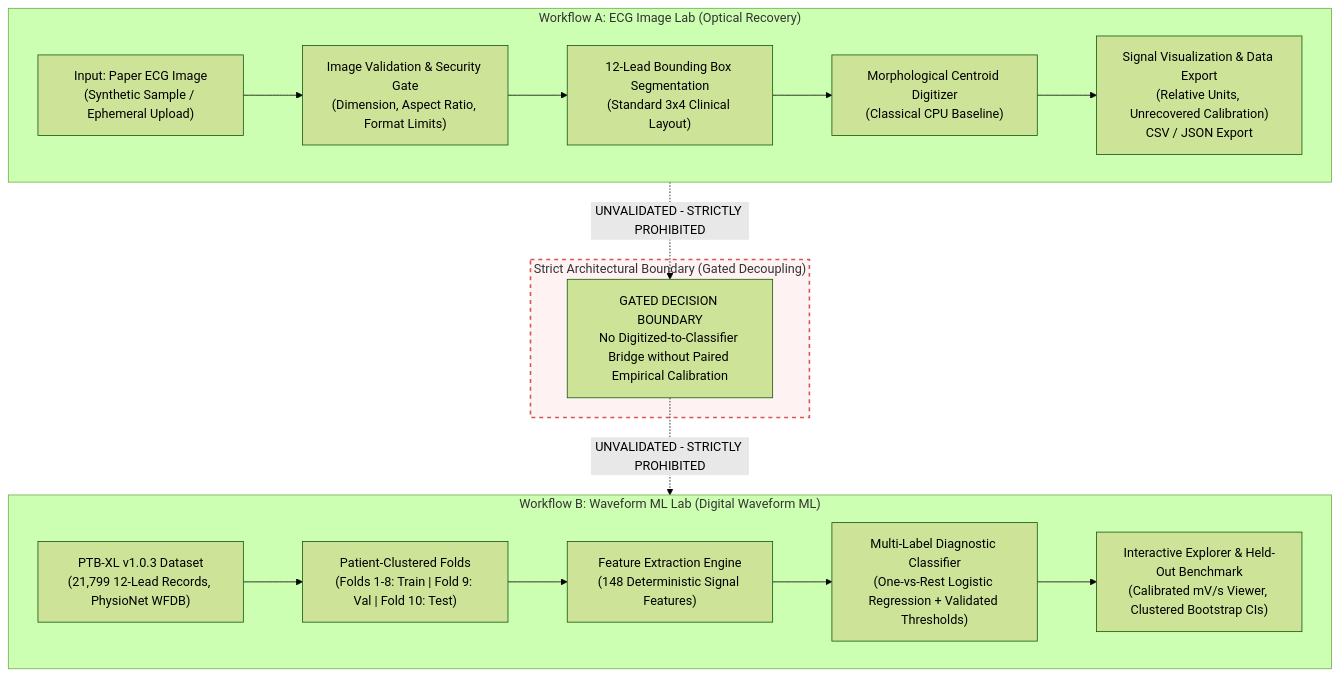
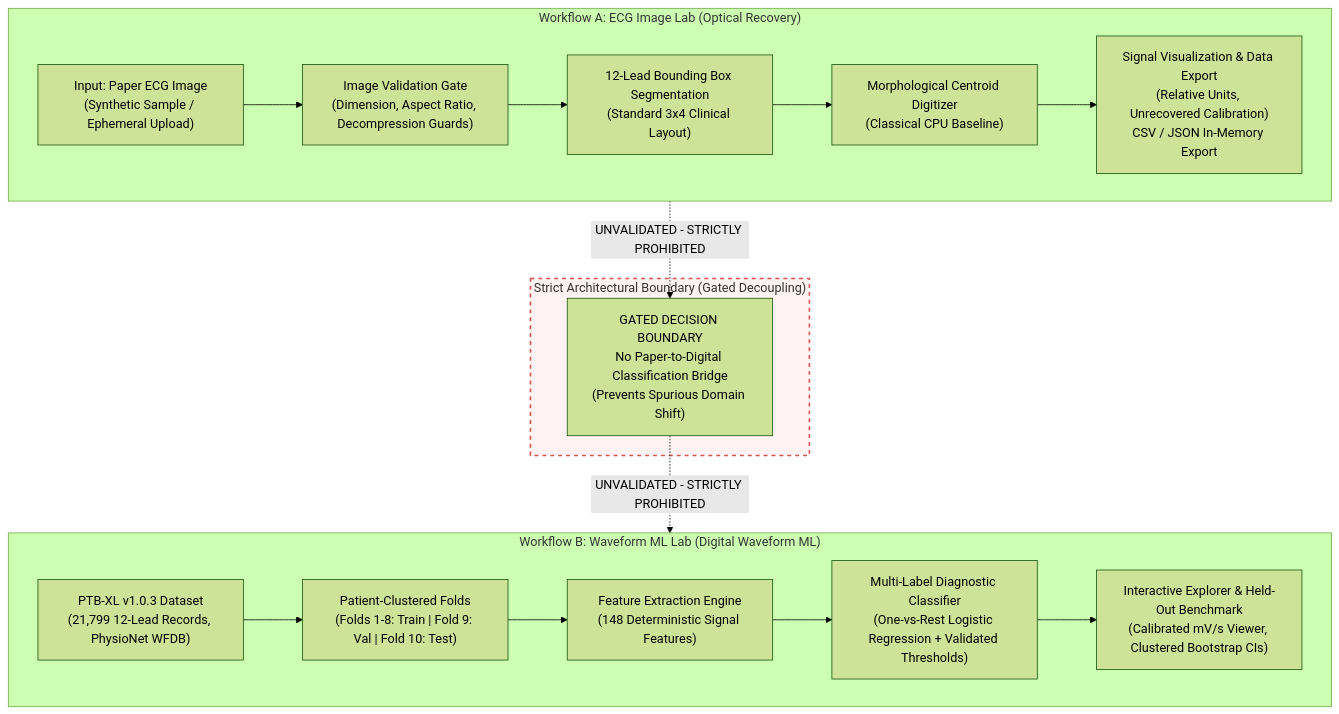
Before and after one commit to omkar703/ECG_Insight_Lab_CardioSense: the diagram in README.md, drawn with Mermaid (forest theme). The commit also changed other lines of this file and 15 other files, not shown here.

Commit message:
feat(phase-5): professor-ready teaching notebooks, scientific figures, repository schema, and portfolio README

````diff
--- a/README.md
+++ b/README.md
@@ -31,24 +58,24 @@
 ```mermaid
 flowchart TD
     subgraph WF_A["Workflow A: ECG Image Lab (Optical Recovery)"]
-        A1["Input: Paper ECG Image\n(Synthetic Sample / Ephemeral Upload)"] --> A2["Image Validation & Security Gate\n(Dimension, Aspect Ratio, Format Limits)"]
+        A1["Input: Paper ECG Image\n(Synthetic Sample / Ephemeral Upload)"] --> A2["Image Validation Gate\n(Dimension, Aspect Ratio, Decompression Guards)"]
         A2 --> A3["12-Lead Bounding Box Segmentation\n(Standard 3x4 Clinical Layout)"]
         A3 --> A4["Morphological Centroid Digitizer\n(Classical CPU Baseline)"]
-        A4 --> A5["Signal Visualization & Data Export\n(Relative Units, Unrecovered Calibration)\nCSV / JSON Export"]
+        A4 --> A5["Signal Visualization & Data Export\n(Relative Units, Unrecovered Calibration)\nCSV / JSON In-Memory Export"]
     end
 
     subgraph DECOUPLING["Strict Architectural Boundary (Gated Decoupling)"]
         style DECOUPLING fill:#fff2f2,stroke:#d9534f,stroke-width:2px,stroke-dasharray: 5 5
-        BOUNDARY["GATED DECISION BOUNDARY\nNo Digitized-to-Classifier Bridge without Paired Empirical Calibration"]
+        BOUNDARY["GATED DECISION BOUNDARY\nNo Paper-to-Digital Classification Bridge\n(Prevents Spurious Domain Shift)"]
     end
 
     subgraph WF_B["Workflow B: Waveform ML Lab (Digital Waveform ML)"]
         B1["PTB-XL v1.0.3 Dataset\n(21,799 12-Lead Records, PhysioNet WFDB)"] --> B2["Patient-Clustered Folds\n(Folds 1-8: Train | Fold 9: Val | Fold 10: Test)"]
         B2 --> B3["Feature Extraction Engine\n(148 Deterministic Signal Features)"]
         B3 --> B4["Multi-Label Diagnostic Classifier\n(One-vs-Rest Logistic Regression + Validated Thresholds)"]
         B4 --> B5["Interactive Explorer & Held-Out Benchmark\n(Calibrated mV/s Viewer, Clustered Bootstrap CIs)"]
     end
 
     WF_A -.->|UNVALIDATED - STRICTLY PROHIBITED| BOUNDARY
     BOUNDARY -.->|UNVALIDATED - STRICTLY PROHIBITED| WF_B
 ```
````
